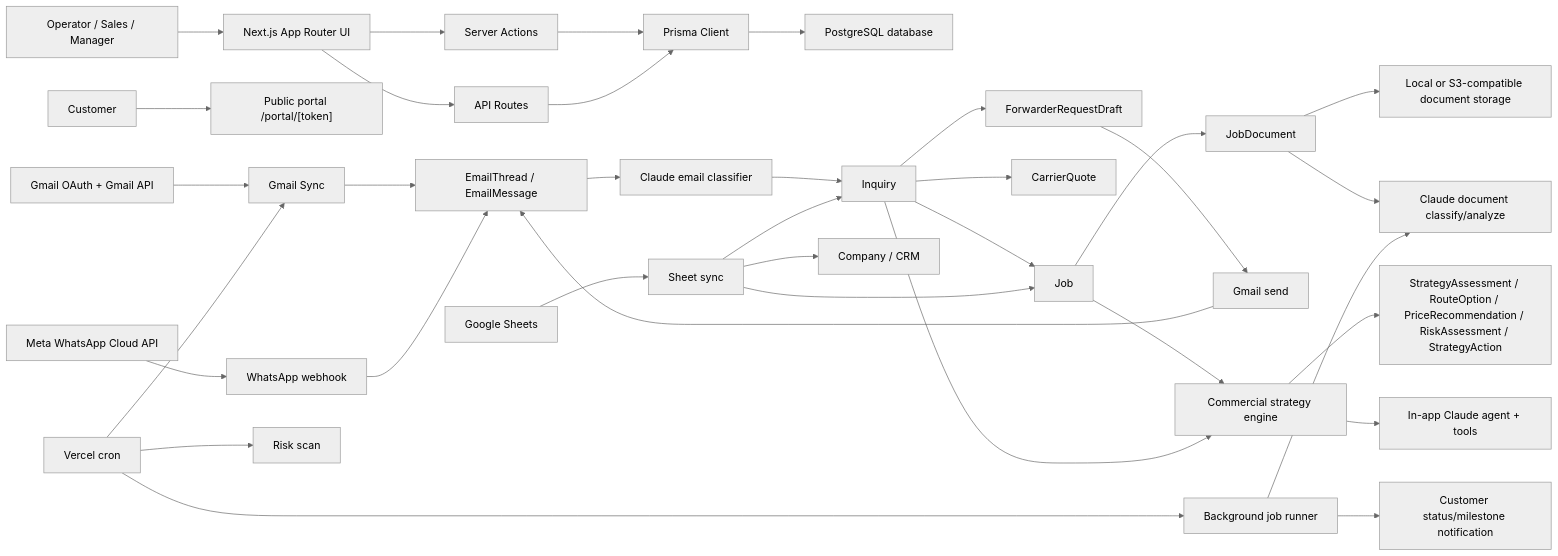
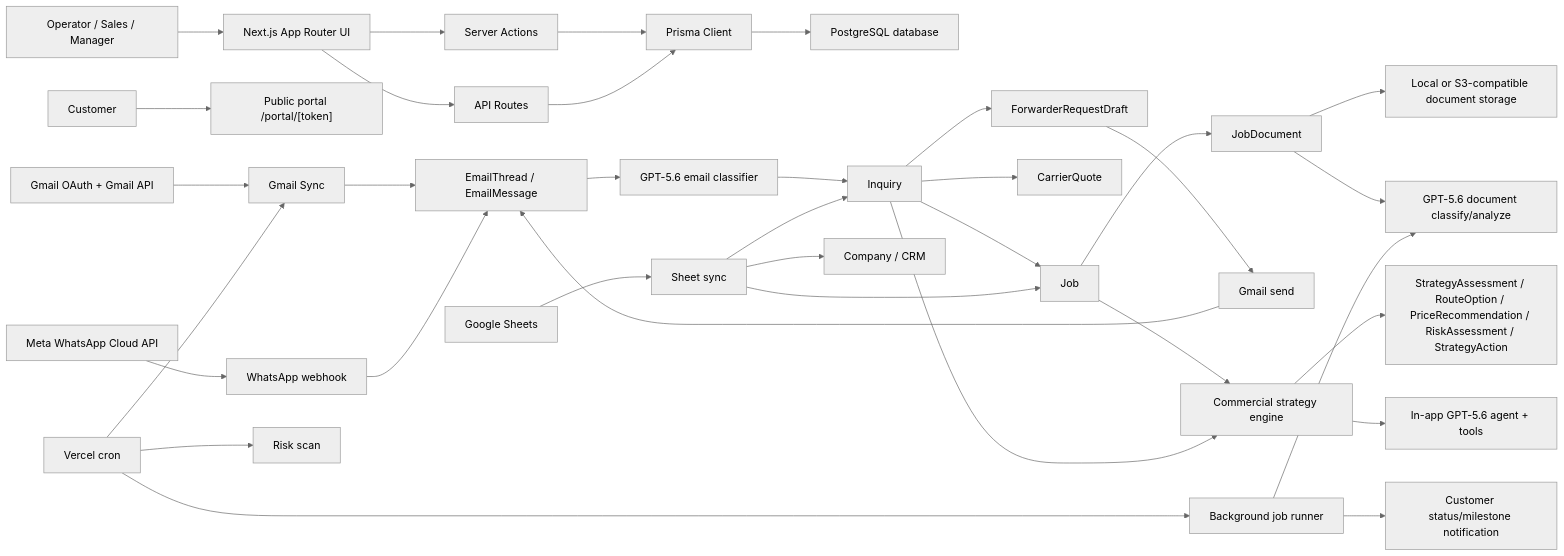
Before and after one commit to xyleus1/Acephale: the first of 2 diagrams in docs/CODEBASE_DEEP_DISCOVERY_REPORT.md, drawn with Mermaid (neutral theme). The commit also changed other lines of this file and 109 other files, not shown here.

````diff
--- a/docs/CODEBASE_DEEP_DISCOVERY_REPORT.md
+++ b/docs/CODEBASE_DEEP_DISCOVERY_REPORT.md
@@ -123,45 +123,45 @@
 ```mermaid
 flowchart LR
   User["Operator / Sales / Manager"] --> Next["Next.js App Router UI"]
   Customer["Customer"] --> Portal["Public portal /portal/[token]"]
 
   Next --> Actions["Server Actions"]
   Next --> APIs["API Routes"]
   Actions --> Prisma["Prisma Client"]
   APIs --> Prisma
   Prisma --> Postgres["PostgreSQL database"]
 
   Gmail["Gmail OAuth + Gmail API"] --> GmailSync["Gmail Sync"]
   GmailSync --> Threads["EmailThread / EmailMessage"]
-  Threads --> Classifier["Claude email classifier"]
+  Threads --> Classifier["GPT-5.6 email classifier"]
   Classifier --> Inquiry["Inquiry"]
   Inquiry --> Job["Job"]
 
   WhatsApp["Meta WhatsApp Cloud API"] --> WhatsAppIngest["WhatsApp webhook"]
   WhatsAppIngest --> Threads
 
   Sheets["Google Sheets"] --> SheetSync["Sheet sync"]
   SheetSync --> Inquiry
   SheetSync --> Job
   SheetSync --> Company["Company / CRM"]
 
   Job --> Docs["JobDocument"]
   Docs --> Storage["Local or S3-compatible document storage"]
-  Docs --> DocAI["Claude document classify/analyze"]
+  Docs --> DocAI["GPT-5.6 document classify/analyze"]
 
   Inquiry --> CarrierQuotes["CarrierQuote"]
   Inquiry --> ForwarderDrafts["ForwarderRequestDraft"]
   ForwarderDrafts --> GmailSend["Gmail send"]
   GmailSend --> Threads
 
   Job --> Strategy["Commercial strategy engine"]
   Inquiry --> Strategy
   Strategy --> StrategyTables["StrategyAssessment / RouteOption / PriceRecommendation / RiskAssessment / StrategyAction"]
-  Strategy --> Agent["In-app Claude agent + tools"]
+  Strategy --> Agent["In-app GPT-5.6 agent + tools"]
 
   Cron["Vercel cron"] --> GmailSync
   Cron --> RiskScan["Risk scan"]
   Cron --> BgRunner["Background job runner"]
   BgRunner --> DocAI
   BgRunner --> Notify["Customer status/milestone notification"]
 ```
````
